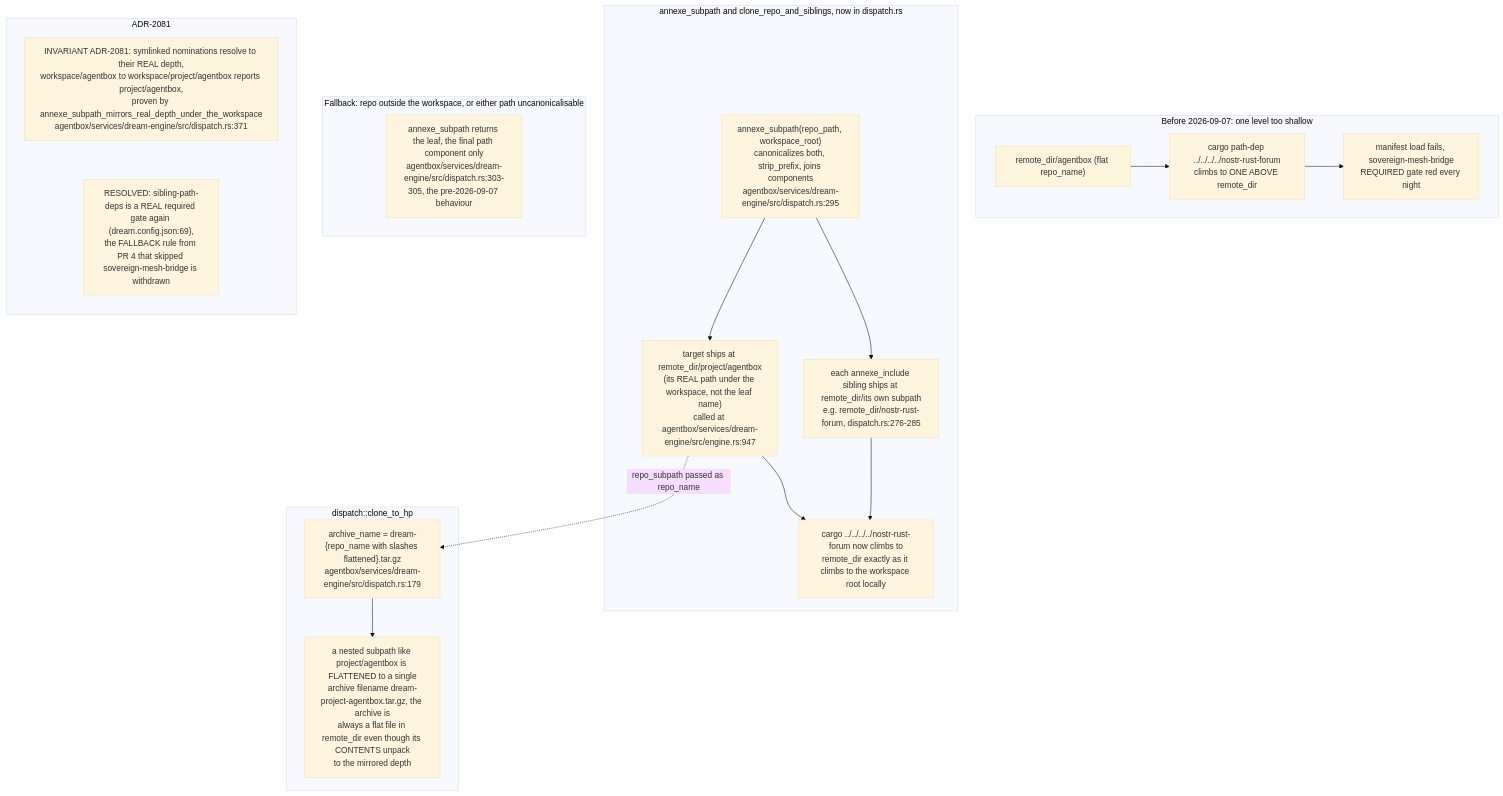
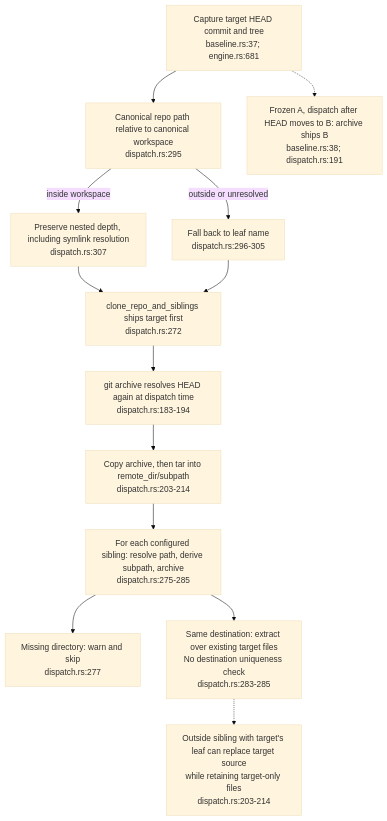
Before and after one commit to DreamLab-AI/VisionFlow: diagram 11 of 22 in docs/diagrams/agentbox/23-dream-engine.md, drawn with Mermaid (base theme). The commit also changed other lines of this file and 17 other files, not shown here.

Commit message:
docs: audit dream annexe identity and evaluator receipts

````diff
--- a/docs/diagrams/agentbox/23-dream-engine.md
+++ b/docs/diagrams/agentbox/23-dream-engine.md
@@ -505,34 +507,16 @@
 ```mermaid
 flowchart TB
-    subgraph before["Before 2026-09-07: one level too shallow"]
-        B1["remote_dir/agentbox (flat repo_name)"]
-        B2["cargo path-dep ../../../../nostr-rust-forum<br/>climbs to ONE ABOVE remote_dir"]
-        B3["manifest load fails, sovereign-mesh-bridge<br/>REQUIRED gate red every night"]
-        B1 --> B2 --> B3
-    end
-    subgraph after["annexe_subpath and clone_repo_and_siblings, now in dispatch.rs"]
-        A1["annexe_subpath(repo_path, workspace_root)<br/>canonicalizes both, strip_prefix, joins components<br/>agentbox/services/dream-engine/src/dispatch.rs:295"]
-        A2["target ships at remote_dir/project/agentbox<br/>(its REAL path under the workspace, not the leaf name)<br/>called at agentbox/services/dream-engine/src/engine.rs:947"]
-        A3["each annexe_include sibling ships at remote_dir/its own subpath<br/>e.g. remote_dir/nostr-rust-forum, dispatch.rs:276-285"]
-        A4["cargo ../../../../nostr-rust-forum now climbs to<br/>remote_dir exactly as it climbs to the workspace root locally"]
-        A1 --> A2
-        A1 --> A3
-        A2 --> A4
-        A3 --> A4
-    end
-    subgraph dispatch["dispatch::clone_to_hp"]
-        D1["archive_name = dream-{repo_name with slashes flattened}.tar.gz<br/>agentbox/services/dream-engine/src/dispatch.rs:179"]
-        D2["a nested subpath like project/agentbox is FLATTENED to a single<br/>archive filename dream-project-agentbox.tar.gz, the archive is<br/>always a flat file in remote_dir even though its CONTENTS unpack<br/>to the mirrored depth"]
-        D1 --> D2
-    end
-    A2 -.->|"repo_subpath passed as repo_name"| D1
-    subgraph fallback["Fallback: repo outside the workspace, or either path uncanonicalisable"]
-        F1["annexe_subpath returns the leaf, the final path component only<br/>agentbox/services/dream-engine/src/dispatch.rs:303-305, the pre-2026-09-07 behaviour"]
-    end
-    subgraph notes["ADR-2081"]
-        direction TB
-        N1["INVARIANT ADR-2081: symlinked nominations resolve to their REAL depth,<br/>workspace/agentbox to workspace/project/agentbox reports project/agentbox,<br/>proven by annexe_subpath_mirrors_real_depth_under_the_workspace<br/>agentbox/services/dream-engine/src/dispatch.rs:371"]
-        N2["RESOLVED: sibling-path-deps is a REAL required gate again (dream.config.json:69),<br/>the FALLBACK rule from PR 4 that skipped sovereign-mesh-bridge is withdrawn"]
-        N1 ~~~ N2
-    end
+    BASE["Capture target HEAD commit and tree<br/>baseline.rs:37; engine.rs:681"]
+    BASE --> SUB["Canonical repo path relative to canonical workspace<br/>dispatch.rs:295"]
+    SUB -->|inside workspace| DEPTH["Preserve nested depth, including symlink resolution<br/>dispatch.rs:307"]
+    SUB -->|outside or unresolved| LEAF["Fall back to leaf name<br/>dispatch.rs:296-305"]
+    DEPTH --> SHIP["clone_repo_and_siblings ships target first<br/>dispatch.rs:272"]
+    LEAF --> SHIP
+    SHIP --> ARCH["git archive resolves HEAD again at dispatch time<br/>dispatch.rs:183-194"]
+    ARCH --> TAR["Copy archive, then tar into remote_dir/subpath<br/>dispatch.rs:203-214"]
+    TAR --> SIB["For each configured sibling: resolve path, derive subpath, archive<br/>dispatch.rs:275-285"]
+    SIB --> MISSING["Missing directory: warn and skip<br/>dispatch.rs:277"]
+    SIB --> OVERLAY["Same destination: extract over existing target files<br/>No destination uniqueness check<br/>dispatch.rs:283-285"]
+    BASE -.-> DRIFT["Frozen A, dispatch after HEAD moves to B: archive ships B<br/>baseline.rs:38; dispatch.rs:191"]
+    OVERLAY -.-> MIX["Outside sibling with target's leaf can replace target source<br/>while retaining target-only files<br/>dispatch.rs:203-214"]
 ```
````
